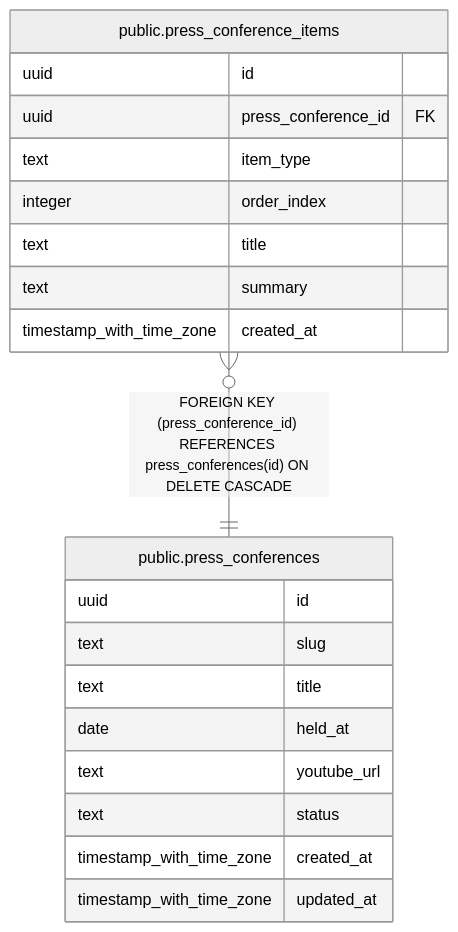
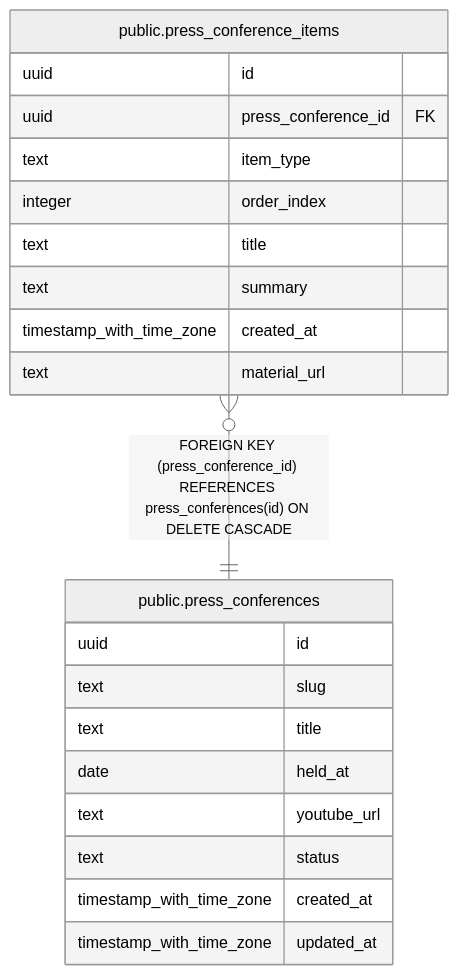
One commit to s-takahashi-hokkaido/dejimin-gikai changed the diagram in docs/schema/public.press_conferences.md. Above: the diagram before and after it, drawn with Mermaid (neutral theme). The commit also changed 11 other files, not shown here.

````diff
--- a/docs/schema/public.press_conferences.md
+++ b/docs/schema/public.press_conferences.md
@@ -40,25 +40,26 @@
 ```mermaid
 erDiagram
 
 "public.press_conference_items" }o--|| "public.press_conferences" : "FOREIGN KEY (press_conference_id) REFERENCES press_conferences(id) ON DELETE CASCADE"
 
 "public.press_conferences" {
   uuid id
   text slug
   text title
   date held_at
   text youtube_url
   text status
   timestamp_with_time_zone created_at
   timestamp_with_time_zone updated_at
 }
 "public.press_conference_items" {
   uuid id
   uuid press_conference_id FK
   text item_type
   integer order_index
   text title
   text summary
   timestamp_with_time_zone created_at
+  text material_url
 }
 ```
````
